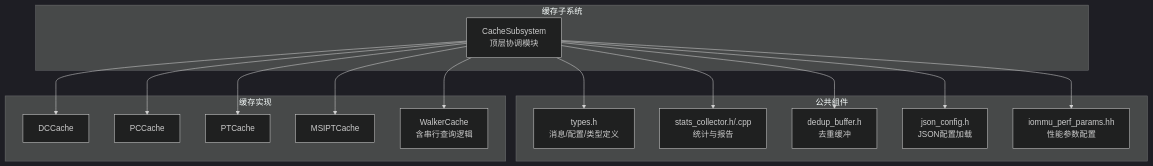
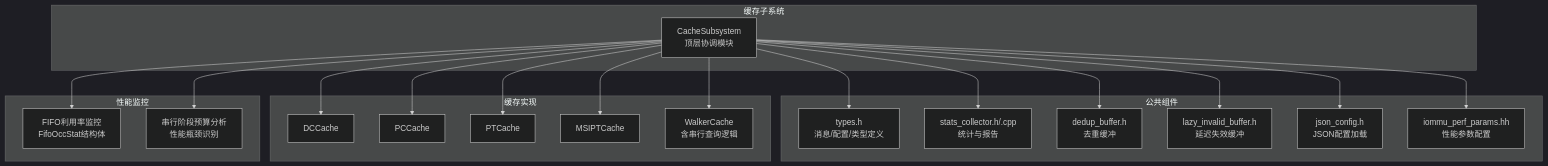
The first of 14 diagrams in .qoder/repowiki/zh/content/缓存系统/缓存子系统概览.md (jiangjiang1122/iommu_model_20260401_v1), drawn with Mermaid (dark theme) before and after one commit. The commit also changed other lines of this file and 55 other files, not shown here.

````diff
--- a/.qoder/repowiki/zh/content/缓存系统/缓存子系统概览.md
+++ b/.qoder/repowiki/zh/content/缓存系统/缓存子系统概览.md
@@ -62,30 +66,38 @@
 ```mermaid
 graph TB
 subgraph "缓存子系统"
 CS["CacheSubsystem<br/>顶层协调模块"]
 end
 subgraph "公共组件"
 Types["types.h<br/>消息/配置/类型定义"]
 Stats["stats_collector.h/.cpp<br/>统计与报告"]
 Dedup["dedup_buffer.h<br/>去重缓冲"]
+LazyInv["lazy_invalid_buffer.h<br/>延迟失效缓冲"]
 JsonCfg["json_config.h<br/>JSON配置加载"]
 PerfParams["iommu_perf_params.hh<br/>性能参数配置"]
 end
 subgraph "缓存实现"
 DC["DCCache"]
 PC["PCCache"]
 PT["PTCache"]
 MSI["MSIPTCache"]
 Wlk["WalkerCache<br/>含串行查询逻辑"]
 end
+subgraph "性能监控"
+FifoMon["FIFO利用率监控<br/>FifoOccStat结构体"]
+SerialBudget["串行阶段预算分析<br/>性能瓶颈识别"]
+end
 CS --> DC
 CS --> PC
 CS --> PT
 CS --> MSI
 CS --> Wlk
 CS --> Stats
 CS --> Types
 CS --> Dedup
+CS --> LazyInv
 CS --> JsonCfg
 CS --> PerfParams
+CS --> FifoMon
+CS --> SerialBudget
 ```
````
